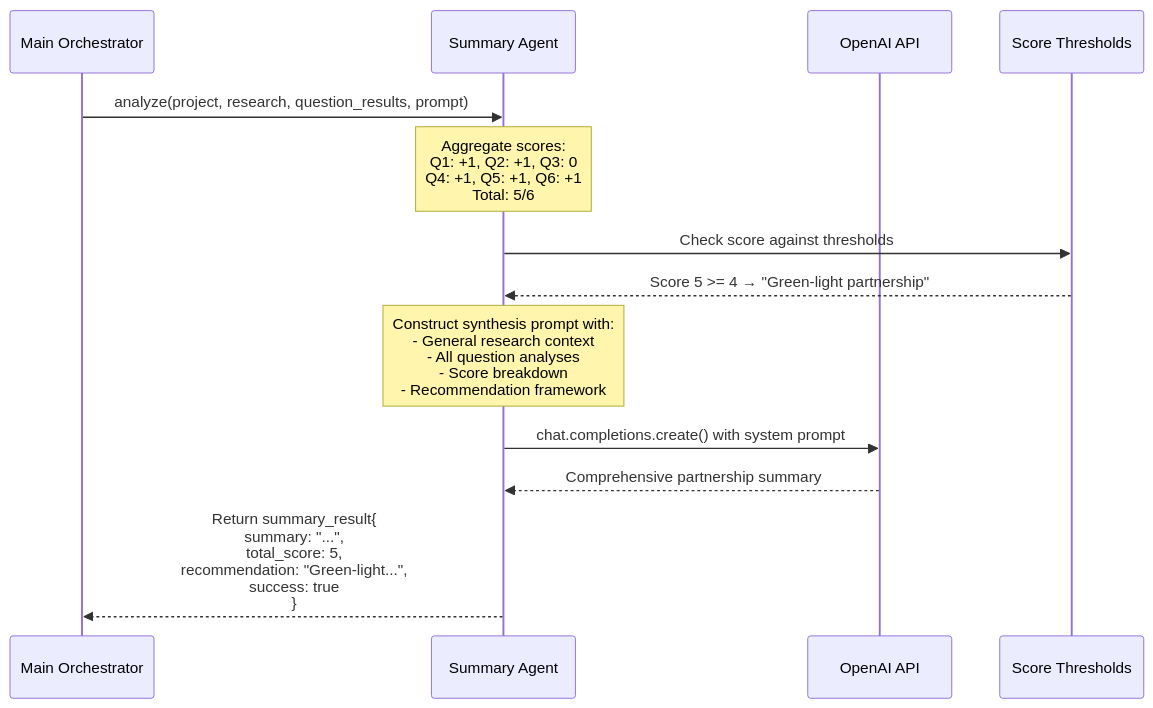
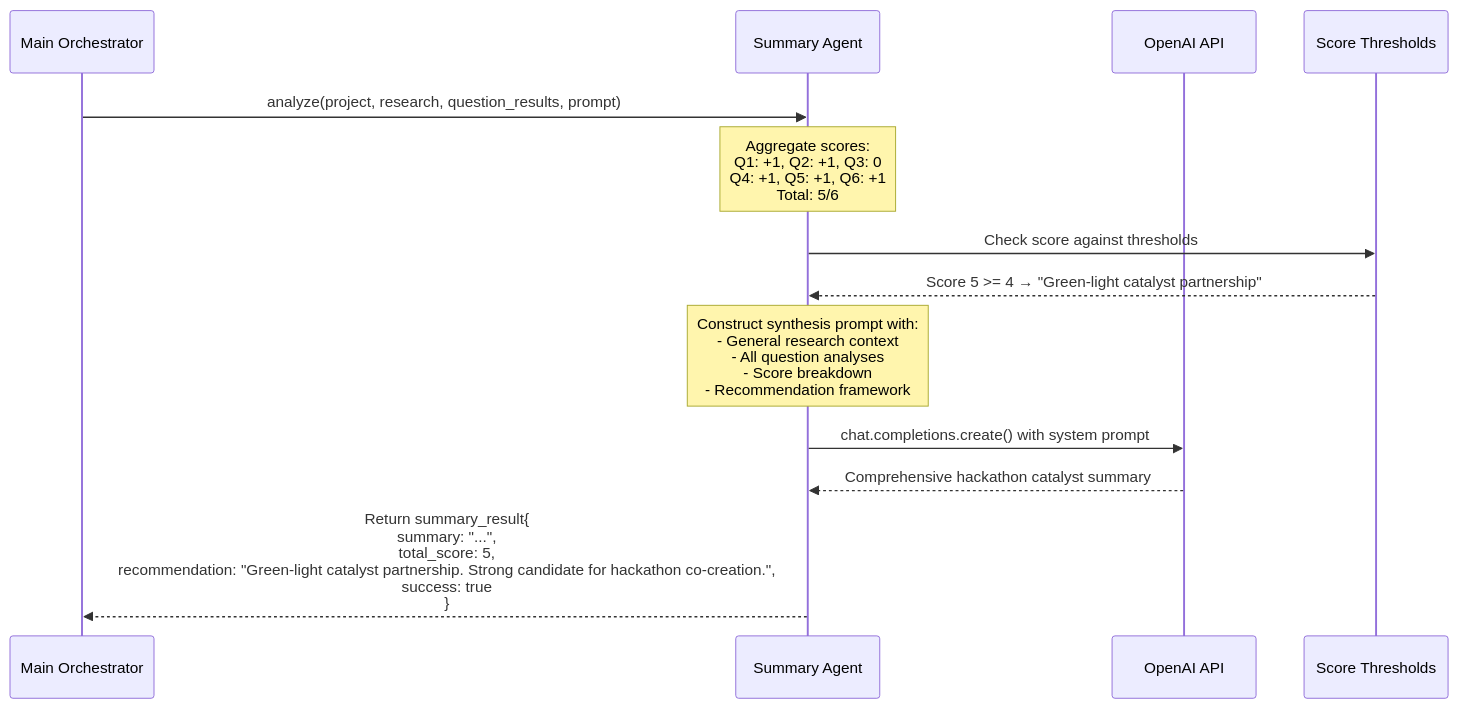
Before and after one commit to shaiss/Near-Catalyst: the eighth of 14 diagrams in docs/agentic-data-flow.md, drawn with Mermaid. The commit also changed other lines of this file and 24 other files, not shown here.

````diff
--- a/docs/agentic-data-flow.md
+++ b/docs/agentic-data-flow.md
@@ -190,21 +188,21 @@
 ```mermaid
 sequenceDiagram
     participant Orch as Main Orchestrator
     participant SA as Summary Agent
     participant OpenAI as OpenAI API
     participant Config as Score Thresholds
 
     Orch->>SA: analyze(project, research, question_results, prompt)
     
     Note over SA: Aggregate scores:<br/>Q1: +1, Q2: +1, Q3: 0<br/>Q4: +1, Q5: +1, Q6: +1<br/>Total: 5/6
     
     SA->>Config: Check score against thresholds
-    Config-->>SA: Score 5 >= 4 → "Green-light partnership"
+    Config-->>SA: Score 5 >= 4 → "Green-light catalyst partnership"
     
     Note over SA: Construct synthesis prompt with:<br/>- General research context<br/>- All question analyses<br/>- Score breakdown<br/>- Recommendation framework
     
     SA->>OpenAI: chat.completions.create() with system prompt
-    OpenAI-->>SA: Comprehensive partnership summary
+    OpenAI-->>SA: Comprehensive hackathon catalyst summary
     
-    SA-->>Orch: Return summary_result{<br/>summary: "...",<br/>total_score: 5,<br/>recommendation: "Green-light...",<br/>success: true<br/>}
+    SA-->>Orch: Return summary_result{<br/>summary: "...",<br/>total_score: 5,<br/>recommendation: "Green-light catalyst partnership. Strong candidate for hackathon co-creation.",<br/>success: true<br/>}
 ```
````
